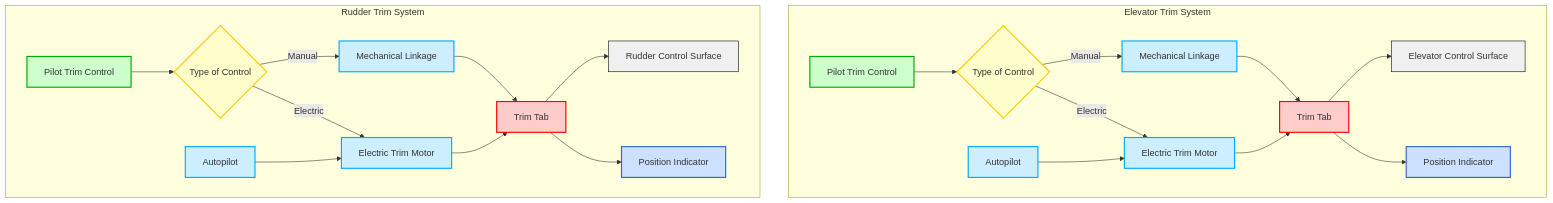
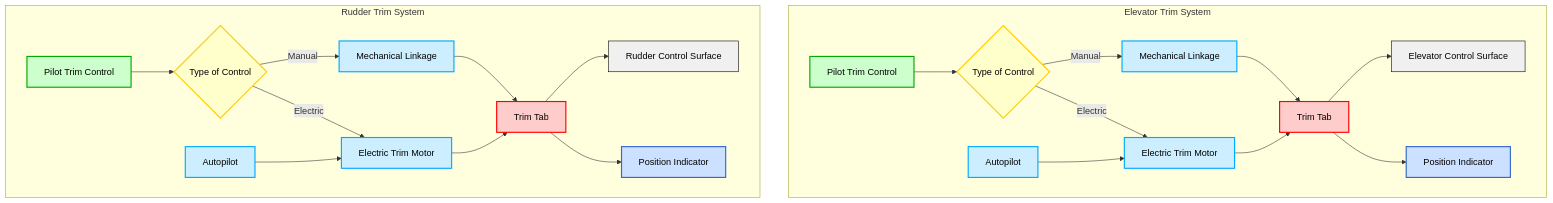
Diagram 14 of 17 in FTC_27-00-00-00-000 – ATA_27-Flight-Controls.md (Robbbo-T/Ampel360XWLRGA), drawn with Mermaid before and after one commit. The commit also changed other lines of this file, not shown here.

Commit message:
Update FTC_27-00-00-00-000 – ATA_27-Flight-Controls.md

````diff
--- a/FTC_27-00-00-00-000 – ATA_27-Flight-Controls.md
+++ b/FTC_27-00-00-00-000 – ATA_27-Flight-Controls.md
@@ -3553,46 +3551,46 @@
 ```mermaid
 graph TD
     subgraph Elevator Trim System
         A[Pilot Trim Control] --> B{Type of Control}
         B -- Manual --> C[Mechanical Linkage]
         B -- Electric --> D[Electric Trim Motor]
         C --> E[Trim Tab]
         D --> E
         E --> F[Elevator Control Surface]
         G[Position Indicator]
         E --> G
         H[Autopilot] --> D
     end
 
     subgraph Rudder Trim System
         I[Pilot Trim Control] --> J{Type of Control}
         J -- Manual --> K[Mechanical Linkage]
         J -- Electric --> L[Electric Trim Motor]
         K --> M[Trim Tab]
         L --> M
         M --> N[Rudder Control Surface]
         O[Position Indicator]
         M --> O
         P[Autopilot] --> L
     end
 
     %% Styles for Elevator Trim System
-    style A fill:#ccffcc,stroke:#00aa00,stroke-width:2px
-    style B fill:#ffffcc,stroke:#ffcc00,stroke-width:2px
-    style C fill:#cceeff,stroke:#00aaff,stroke-width:2px
-    style D fill:#cceeff,stroke:#00aaff,stroke-width:2px
-    style E fill:#ffcccc,stroke:#ff0000,stroke-width:2px
-    style F fill:#f0f0f0,stroke:#000000,stroke-width:1px
-    style G fill:#cce0ff,stroke:#3366cc,stroke-width:2px
-    style H fill:#cceeff,stroke:#00aaff,stroke-width:2px
+    style A fill:#ccffcc,stroke:#00aa00,stroke-width:2px,color:#000
+    style B fill:#ffffcc,stroke:#ffcc00,stroke-width:2px,color:#000
+    style C fill:#cceeff,stroke:#00aaff,stroke-width:2px,color:#000
+    style D fill:#cceeff,stroke:#00aaff,stroke-width:2px,color:#000
+    style E fill:#ffcccc,stroke:#ff0000,stroke-width:2px,color:#000
+    style F fill:#f0f0f0,stroke:#000000,stroke-width:1px,color:#000
+    style G fill:#cce0ff,stroke:#3366cc,stroke-width:2px,color:#000
+    style H fill:#cceeff,stroke:#00aaff,stroke-width:2px,color:#000
 
     %% Styles for Rudder Trim System
-    style I fill:#ccffcc,stroke:#00aa00,stroke-width:2px
-    style J fill:#ffffcc,stroke:#ffcc00,stroke-width:2px
-    style K fill:#cceeff,stroke:#00aaff,stroke-width:2px
-    style L fill:#cceeff,stroke:#00aaff,stroke-width:2px
-    style M fill:#ffcccc,stroke:#ff0000,stroke-width:2px
-    style N fill:#f0f0f0,stroke:#000000,stroke-width:1px
-    style O fill:#cce0ff,stroke:#3366cc,stroke-width:2px
-    style P fill:#cceeff,stroke:#00aaff,stroke-width:2px
+    style I fill:#ccffcc,stroke:#00aa00,stroke-width:2px,color:#000
+    style J fill:#ffffcc,stroke:#ffcc00,stroke-width:2px,color:#000
+    style K fill:#cceeff,stroke:#00aaff,stroke-width:2px,color:#000
+    style L fill:#cceeff,stroke:#00aaff,stroke-width:2px,color:#000
+    style M fill:#ffcccc,stroke:#ff0000,stroke-width:2px,color:#000
+    style N fill:#f0f0f0,stroke:#000000,stroke-width:1px,color:#000
+    style O fill:#cce0ff,stroke:#3366cc,stroke-width:2px,color:#000
+    style P fill:#cceeff,stroke:#00aaff,stroke-width:2px,color:#000
 ```
````
